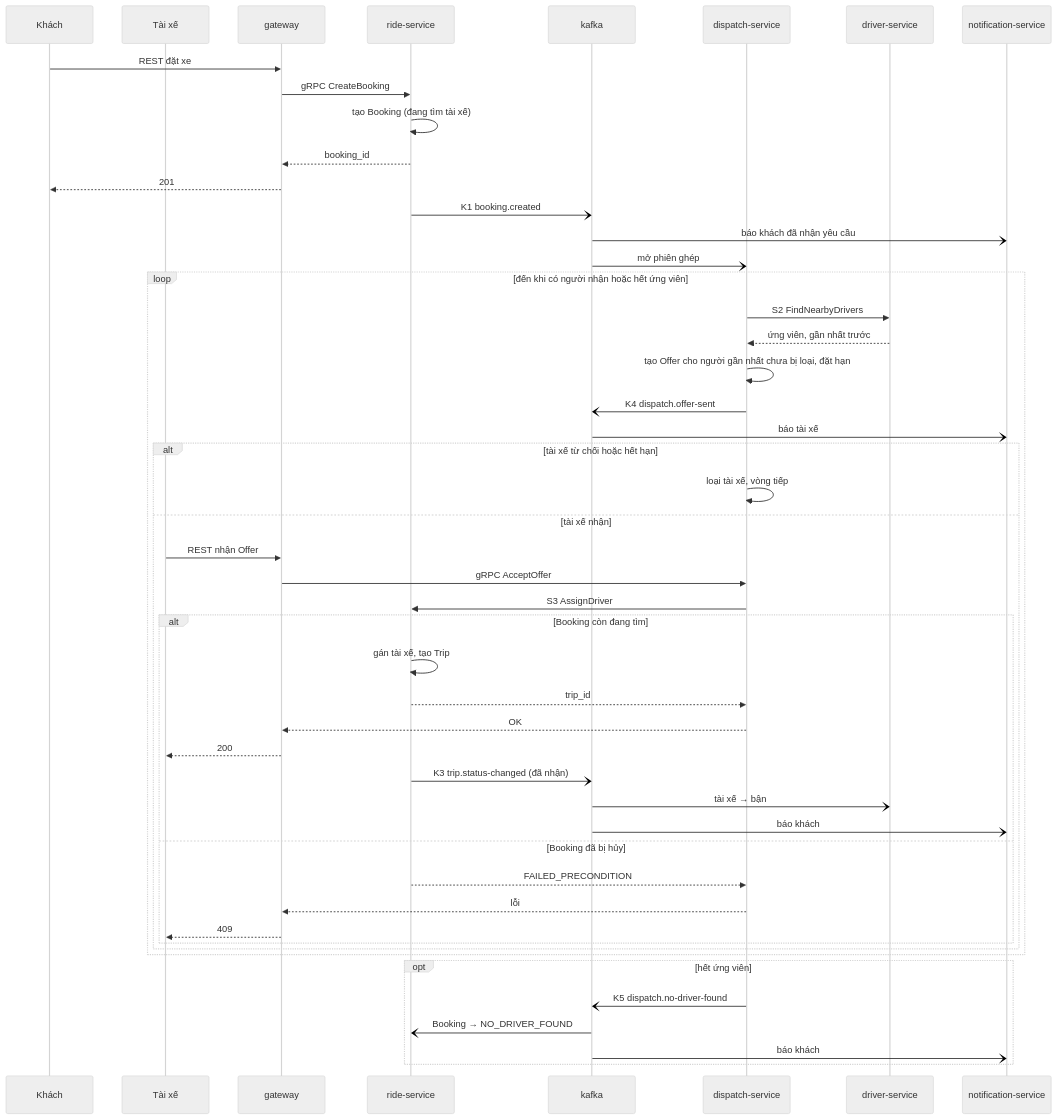
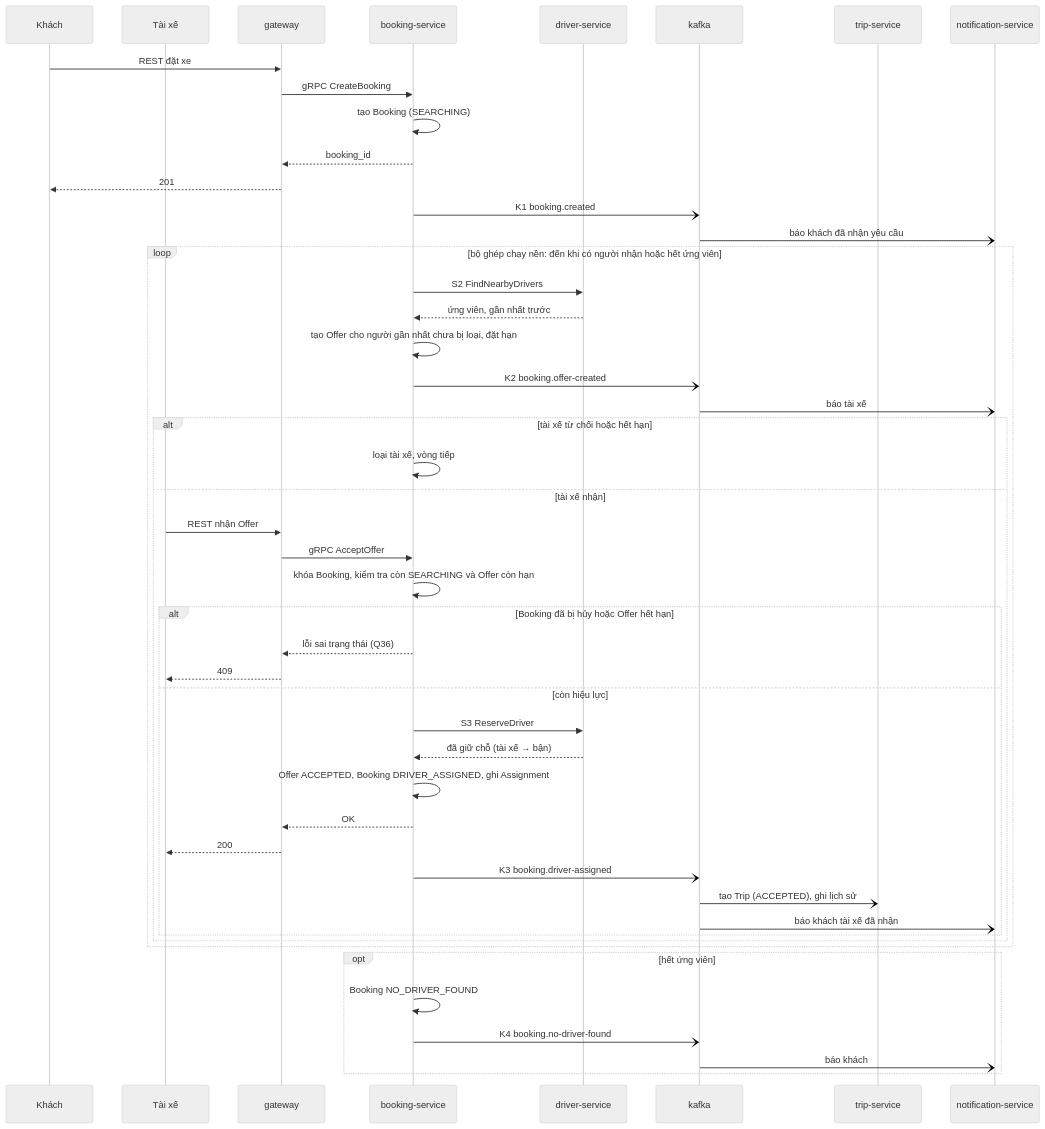
The third of 5 diagrams in docs/design/02-kien-truc-giao-tiep.md (nghuuduc21/23699411_NguyenHuuDuc_CabSystem), drawn with Mermaid (neutral theme) before and after one commit. The commit also changed other lines of this file and 10 other files, not shown here.

````diff
--- a/docs/design/02-kien-truc-giao-tiep.md
+++ b/docs/design/02-kien-truc-giao-tiep.md
@@ -312,52 +314,51 @@
 ```mermaid
 sequenceDiagram
   participant KH as Khách
   participant TX as Tài xế
   participant GW as gateway
-  participant R as ride-service
+  participant B as booking-service
+  participant DR as driver-service
   participant K as kafka
-  participant D as dispatch-service
-  participant DR as driver-service
+  participant T as trip-service
   participant N as notification-service
 
   KH->>GW: REST đặt xe
-  GW->>R: gRPC CreateBooking
-  R->>R: tạo Booking (đang tìm tài xế)
-  R-->>GW: booking_id
+  GW->>B: gRPC CreateBooking
+  B->>B: tạo Booking (SEARCHING)
+  B-->>GW: booking_id
   GW-->>KH: 201
-  R-)K: K1 booking.created
+  B-)K: K1 booking.created
   K-)N: báo khách đã nhận yêu cầu
-  K-)D: mở phiên ghép
-  loop đến khi có người nhận hoặc hết ứng viên
-    D->>DR: S2 FindNearbyDrivers
-    DR-->>D: ứng viên, gần nhất trước
-    D->>D: tạo Offer cho người gần nhất chưa bị loại, đặt hạn
-    D-)K: K4 dispatch.offer-sent
+  loop bộ ghép chạy nền: đến khi có người nhận hoặc hết ứng viên
+    B->>DR: S2 FindNearbyDrivers
+    DR-->>B: ứng viên, gần nhất trước
+    B->>B: tạo Offer cho người gần nhất chưa bị loại, đặt hạn
+    B-)K: K2 booking.offer-created
     K-)N: báo tài xế
     alt tài xế từ chối hoặc hết hạn
-      D->>D: loại tài xế, vòng tiếp
+      B->>B: loại tài xế, vòng tiếp
     else tài xế nhận
       TX->>GW: REST nhận Offer
-      GW->>D: gRPC AcceptOffer
-      D->>R: S3 AssignDriver
-      alt Booking còn đang tìm
-        R->>R: gán tài xế, tạo Trip
-        R-->>D: trip_id
-        D-->>GW: OK
+      GW->>B: gRPC AcceptOffer
+      B->>B: khóa Booking, kiểm tra còn SEARCHING và Offer còn hạn
+      alt Booking đã bị hủy hoặc Offer hết hạn
+        B-->>GW: lỗi sai trạng thái (Q36)
+        GW-->>TX: 409
+      else còn hiệu lực
+        B->>DR: S3 ReserveDriver
+        DR-->>B: đã giữ chỗ (tài xế → bận)
+        B->>B: Offer ACCEPTED, Booking DRIVER_ASSIGNED, ghi Assignment
+        B-->>GW: OK
         GW-->>TX: 200
-        R-)K: K3 trip.status-changed (đã nhận)
-        K-)DR: tài xế → bận
-        K-)N: báo khách
-      else Booking đã bị hủy
-        R-->>D: FAILED_PRECONDITION
-        D-->>GW: lỗi
-        GW-->>TX: 409
+        B-)K: K3 booking.driver-assigned
+        K-)T: tạo Trip (ACCEPTED), ghi lịch sử
+        K-)N: báo khách tài xế đã nhận
       end
     end
   end
   opt hết ứng viên
-    D-)K: K5 dispatch.no-driver-found
-    K-)R: Booking → NO_DRIVER_FOUND
+    B->>B: Booking NO_DRIVER_FOUND
+    B-)K: K4 booking.no-driver-found
     K-)N: báo khách
   end
 ```
````
